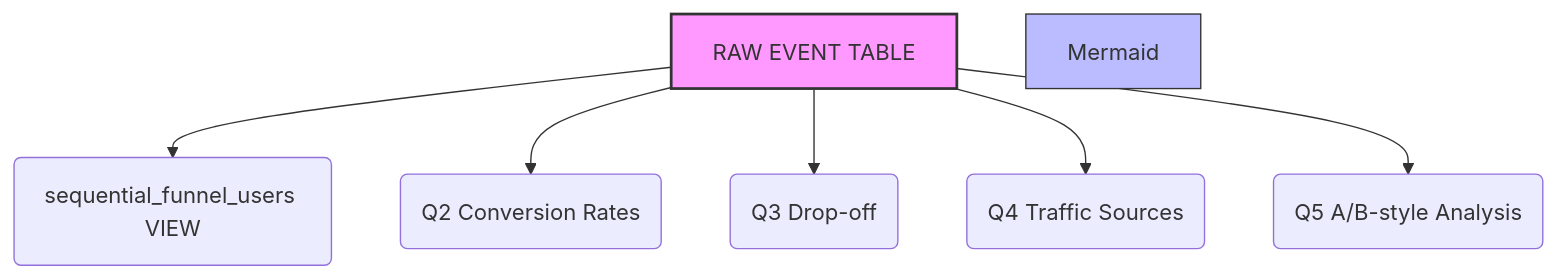
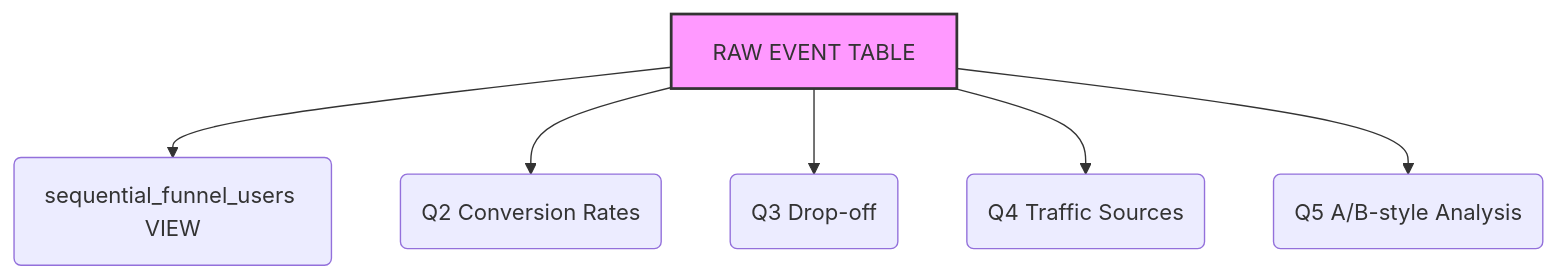
Before and after one commit to Adityayan/ecommerce-funnel-analysis: the diagram in README.md, drawn with Mermaid.

Commit message:
Modify Mermaid style for improved readability
Updated Mermaid style in README.md for better visibility.

````diff
--- a/README.md
+++ b/README.md
@@ -3,11 +3,11 @@
 ```mermaid
 flowchart TD
 ReadMe[RAW EVENT TABLE] --> A(sequential_funnel_users VIEW)
     ReadMe-->B(Q2 Conversion Rates)
     ReadMe-->C(Q3 Drop-off)
     ReadMe-->D(Q4 Traffic Sources)
     ReadMe-->E(Q5 A/B-style Analysis)
     
     style ReadMe fill:#f9f,stroke:#333,stroke-width:2px
-    style Mermaid fill:#bbf,stroke:#333,stroke-width:1px
+    
 ```
````
